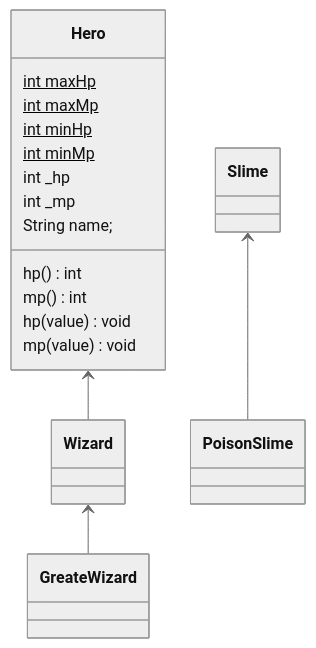
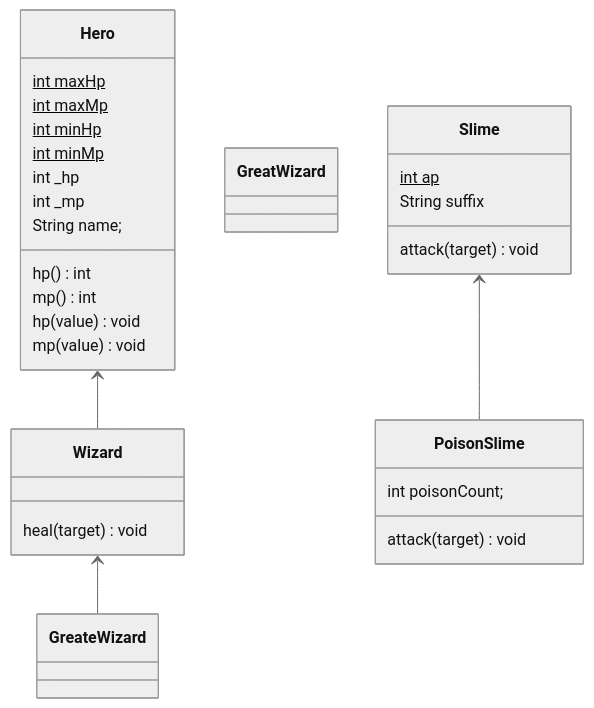
One commit to choiexe1/local changed the second of 2 diagrams in Daily/2025-03-18.md. Above: the diagram before and after it, drawn with Mermaid (neutral theme).

Commit message:
vault backup: 2025-03-18 14:42:30

````diff
--- a/Daily/2025-03-18.md
+++ b/Daily/2025-03-18.md
@@ -44,26 +44,43 @@
 ```mermaid
 classDiagram
 
 class Hero {
 int maxHp$
 int maxMp$
 int minHp$
 int minMp$
 int _hp
 int _mp
 String name;
 hp() int
 mp() int
 hp(value) void
 mp(value) void
 }
 
 class Wizard {
+heal(target) void
+}
+
+class GreatWizard {
 
 }
+
+class Slime {
+int ap$
+String suffix
+attack(target) void
+}
+
+class PoisonSlime {
+int poisonCount;
+attack(target) void
+}
+
+
 
 Hero <-- Wizard
 Wizard <-- GreateWizard
 
 Slime <-- PoisonSlime
 ```
````
